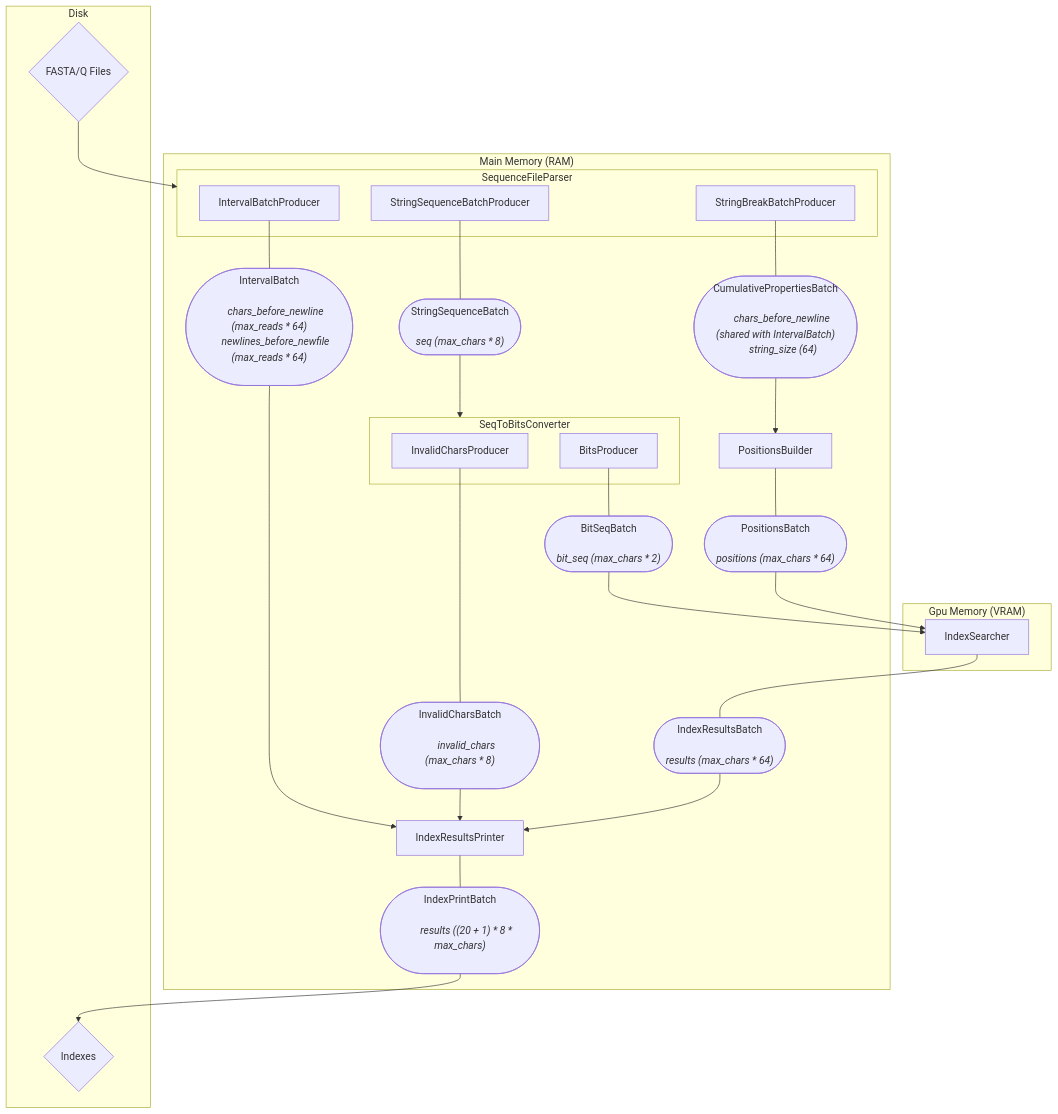
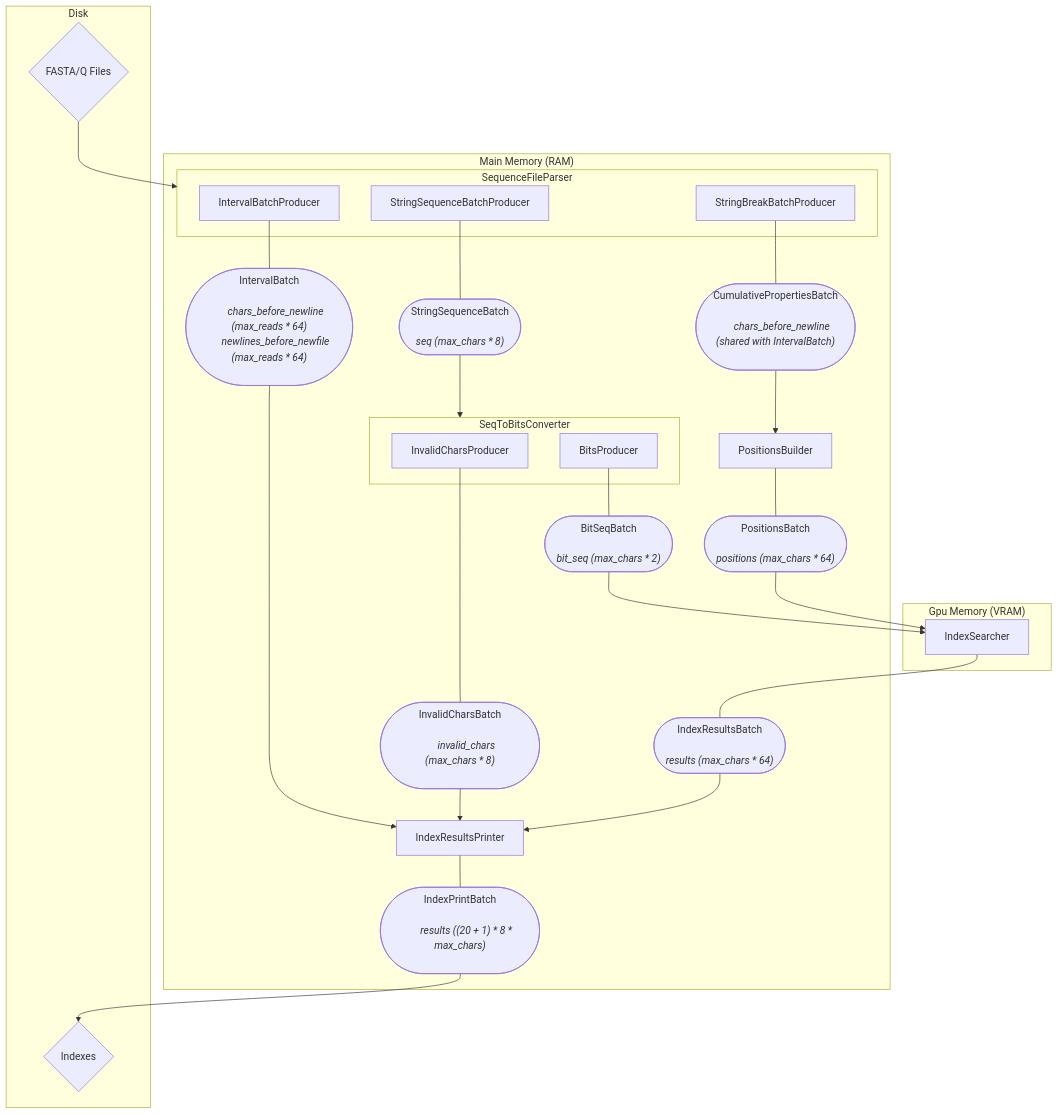
One commit to CowKeyMan/SBWT-Search changed the diagram in documentation/Documents/ProjectDocumentation/graphs/IndexSearchComponentsPipeline.mmd. Above: the diagram before and after it, drawn with Mermaid. The commit also changed 3 other files, not shown here.

```diff
--- a/documentation/Documents/ProjectDocumentation/graphs/IndexSearchComponentsPipeline.mmd
+++ b/documentation/Documents/ProjectDocumentation/graphs/IndexSearchComponentsPipeline.mmd
@@ -1,94 +1,93 @@
 flowchart TD
 subgraph "Main Memory (RAM)"
     subgraph SequenceFileParser
       StringSequenceBatchProducer
       StringBreakBatchProducer
       IntervalBatchProducer
     end
 
     subgraph SeqToBitsConverter
       InvalidCharsProducer
       BitsProducer
     end
     StringSequenceBatch(["
       StringSequenceBatch
       <i>
       seq (max_chars * 8)
       </i>
     "])
     InvalidCharsBatch(["
       InvalidCharsBatch
       <i>
       invalid_chars (max_chars * 8)
       </i>
     "])
     PositionsBatch(["
       PositionsBatch
       <i>
       positions (max_chars * 64)
       </i>
     "])
     IntervalBatch(["
       IntervalBatch
       <i>
       chars_before_newline (max_reads * 64)
       newlines_before_newfile (max_reads * 64)
       </i>
     "])
     IndexResultsBatch(["
       IndexResultsBatch
       <i>
       results (max_chars * 64)
       </i>
     "])
     StringBreakBatch(["
       CumulativePropertiesBatch
       <i>
       chars_before_newline (shared with IntervalBatch)
-      string_size (64)
       </i>
     "])
     BitSeqBatch(["
       BitSeqBatch
       <i>
       bit_seq (max_chars * 2)
       </i>
     "])
     IndexPrintBatch(["
       IndexPrintBatch
       <i>
       results ((20 + 1) * 8 * max_chars)
       </i>
     "])
     PositionsBuilder
     IndexResultsPrinter
   end
   subgraph Disk
     FASTA{FASTA/Q Files}
     Indexes{Indexes}
   end
   subgraph "Gpu Memory (VRAM)"
     IndexSearcher
   end
 
 
   FASTA --> SequenceFileParser
 
   StringSequenceBatchProducer --- StringSequenceBatch
   StringBreakBatchProducer --- StringBreakBatch
   IntervalBatchProducer --- IntervalBatch
   InvalidCharsProducer --- InvalidCharsBatch
   BitsProducer --- BitSeqBatch
   PositionsBuilder --- PositionsBatch
   IndexSearcher --- IndexResultsBatch
 
   StringSequenceBatch --> SeqToBitsConverter
   StringBreakBatch --> PositionsBuilder
   IntervalBatch --> IndexResultsPrinter
   InvalidCharsBatch --> IndexResultsPrinter
   BitSeqBatch --> IndexSearcher
   PositionsBatch --> IndexSearcher
   IndexResultsBatch --> IndexResultsPrinter
 
   IndexResultsPrinter --- IndexPrintBatch
   IndexPrintBatch --> Indexes
```
